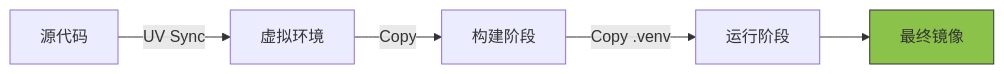
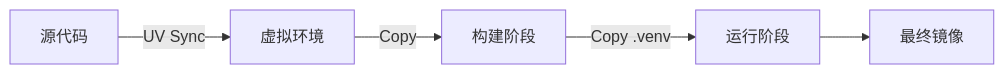
One commit to Devliang24/bloghub changed the diagram in docker/05-实战Python应用.md. Above: the diagram before and after it, drawn with Mermaid. The commit also changed 8 other files, not shown here.

Commit message:
🎨 移除 Mermaid 流程图的节点颜色样式

````diff
--- a/docker/05-实战Python应用.md
+++ b/docker/05-实战Python应用.md
@@ -14,9 +14,8 @@
 ```mermaid
 flowchart LR
     Code[源代码] -->|UV Sync| Venv[虚拟环境]
     Venv -->|Copy| Stage1[构建阶段]
     Stage1 -->|Copy .venv| Stage2[运行阶段]
     Stage2 --> Image[最终镜像]
     
-    style Image fill:#8bc34a,stroke:#333
 ```
````
